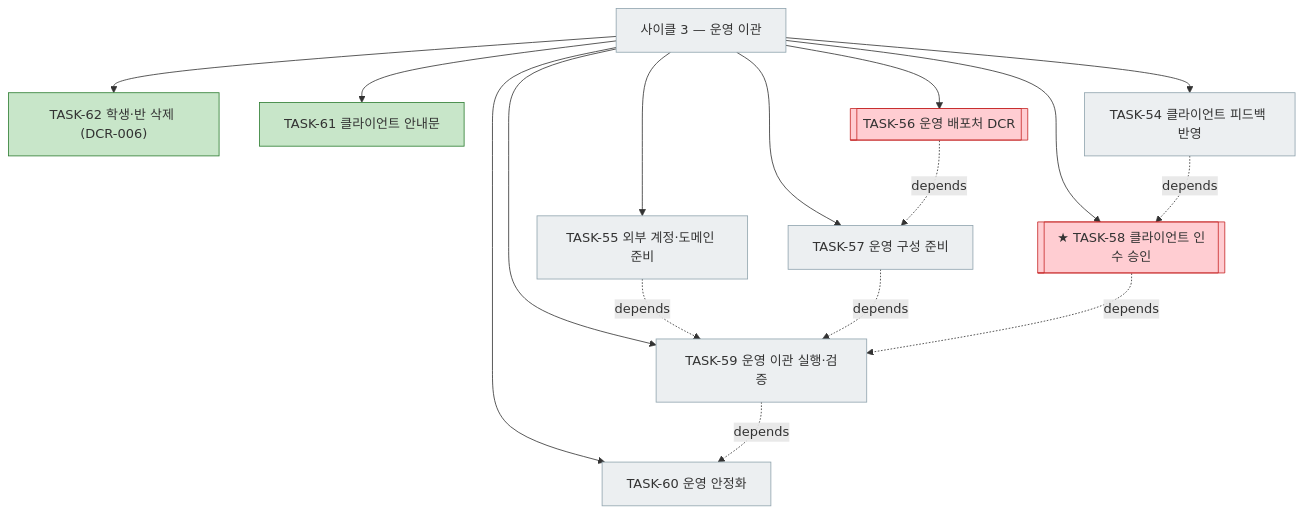
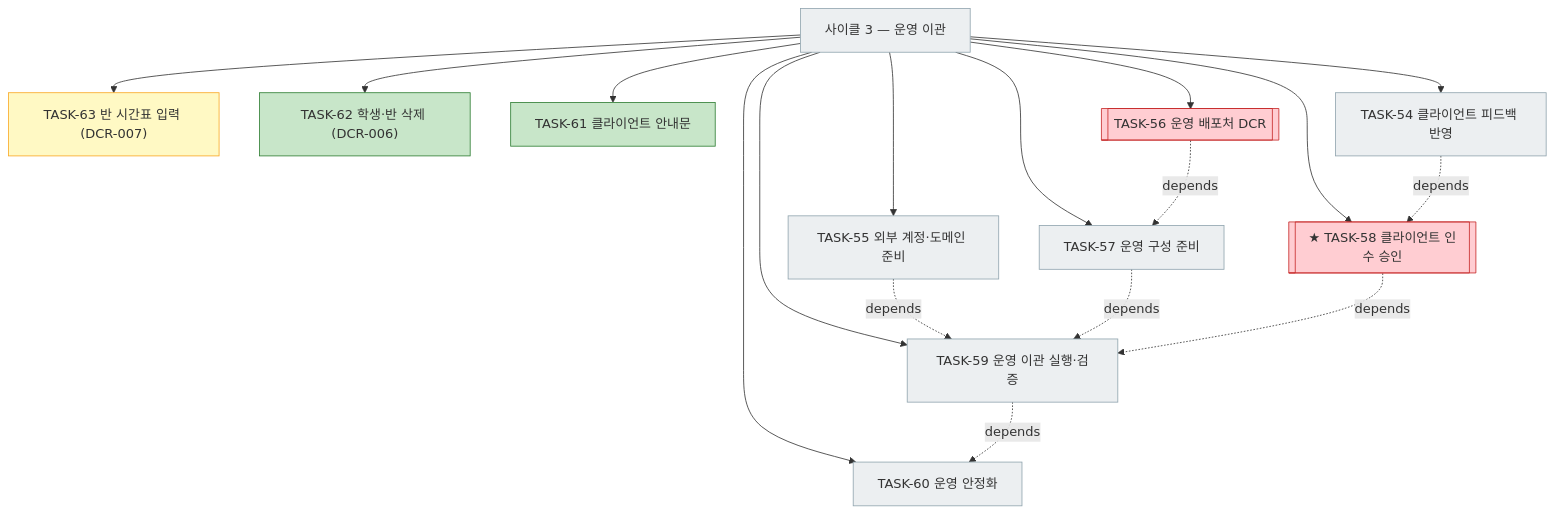
Before and after one commit to bluesky5008/mathdesk: the fourth of 5 diagrams in docs/plan.md, drawn with Mermaid. The commit also changed other lines of this file and 5 other files, not shown here.

Commit message:
docs: 기준선 v8 발행 — DCR-007 승인(시작 시각만 쓰는 반 시간표)

````diff
--- a/docs/plan.md
+++ b/docs/plan.md
@@ -234,23 +235,24 @@
 ```mermaid
 flowchart TD
     C3["사이클 3 — 운영 이관"]:::todo
+    C3 --> T63["TASK-63 반 시간표 입력 (DCR-007)"]:::active
     C3 --> T62["TASK-62 학생·반 삭제 (DCR-006)"]:::done
     C3 --> T61["TASK-61 클라이언트 안내문"]:::done
     C3 --> T54["TASK-54 클라이언트 피드백 반영"]:::todo
     C3 --> T55["TASK-55 외부 계정·도메인 준비"]:::todo
     C3 --> T56[["TASK-56 운영 배포처 DCR"]]:::gate
     C3 --> T57["TASK-57 운영 구성 준비"]:::todo
     C3 --> T58[["★ TASK-58 클라이언트 인수 승인"]]:::gate
     C3 --> T59["TASK-59 운영 이관 실행·검증"]:::todo
     C3 --> T60["TASK-60 운영 안정화"]:::todo
     T56 -. depends .-> T57
     T54 -. depends .-> T58
     T55 -. depends .-> T59
     T57 -. depends .-> T59
     T58 -. depends .-> T59
     T59 -. depends .-> T60
     classDef done fill:#c8e6c9,stroke:#2e7d32
     classDef active fill:#fff9c4,stroke:#f9a825
     classDef todo fill:#eceff1,stroke:#90a4ae
     classDef gate fill:#ffcdd2,stroke:#c62828
 ```
````
